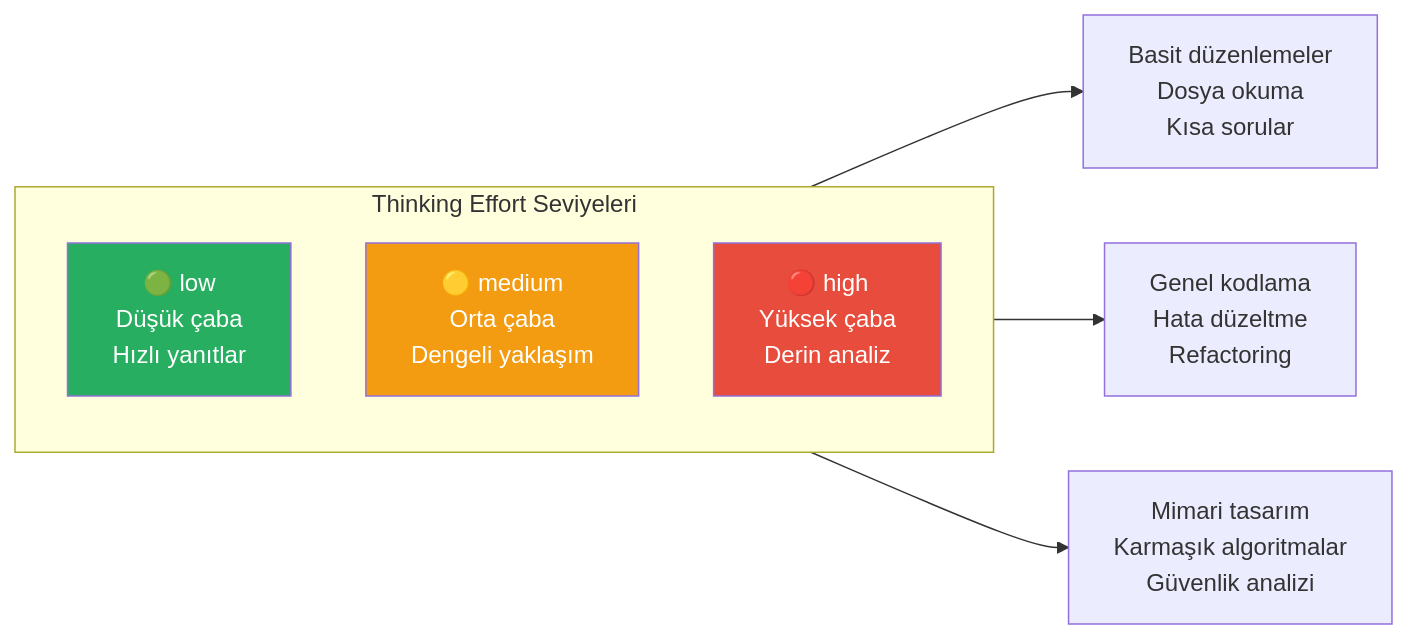
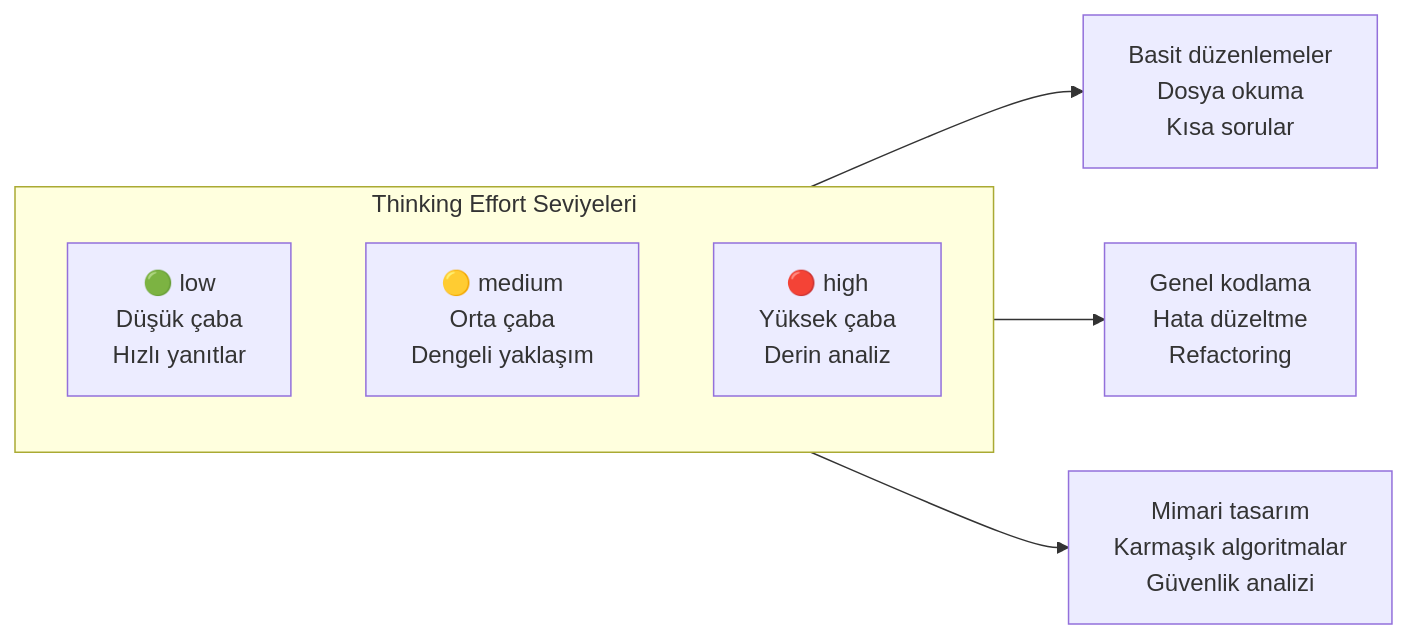
One commit to IzzetYasinAtes/ClaudeCodeHandbook changed the third of 5 diagrams in 17-konfigurasyon/04-model-konfigurasyonu.md. Above: the diagram before and after it, drawn with Mermaid. The commit also changed other lines of this file and 97 other files, not shown here.

Commit message:
Remove all custom Mermaid style/fill colors from 98 markdown files for consistent dark theme rendering

````diff
--- a/17-konfigurasyon/04-model-konfigurasyonu.md
+++ b/17-konfigurasyon/04-model-konfigurasyonu.md
@@ -126,17 +118,14 @@
 ```mermaid
 flowchart LR
     subgraph levels ["Thinking Effort Seviyeleri"]
         direction TB
         LOW["🟢 low<br/>Düşük çaba<br/>Hızlı yanıtlar"]
         MEDIUM["🟡 medium<br/>Orta çaba<br/>Dengeli yaklaşım"]
         HIGH["🔴 high<br/>Yüksek çaba<br/>Derin analiz"]
     end
 
     LOW --> L_USE["Basit düzenlemeler<br/>Dosya okuma<br/>Kısa sorular"]
     MEDIUM --> M_USE["Genel kodlama<br/>Hata düzeltme<br/>Refactoring"]
     HIGH --> H_USE["Mimari tasarım<br/>Karmaşık algoritmalar<br/>Güvenlik analizi"]
 
-    style LOW fill:#27AE60,color:#fff
-    style MEDIUM fill:#F39C12,color:#fff
-    style HIGH fill:#E74C3C,color:#fff
 ```
````
